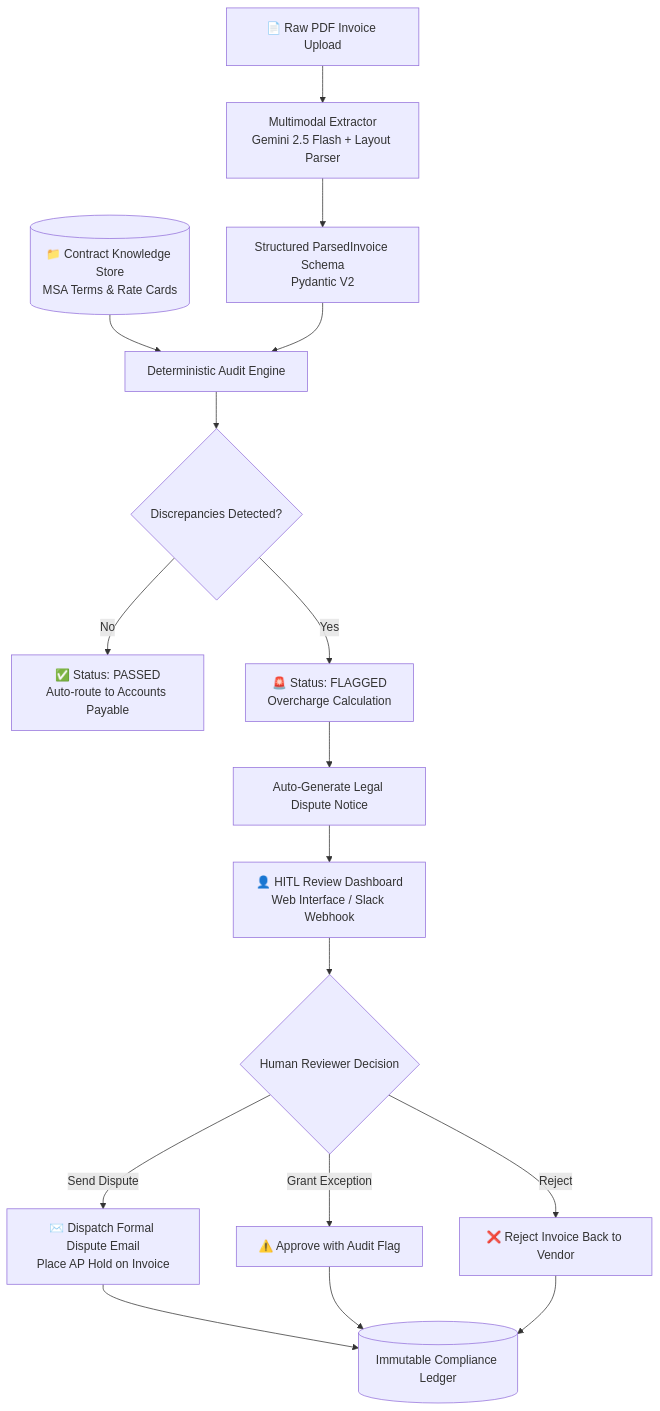
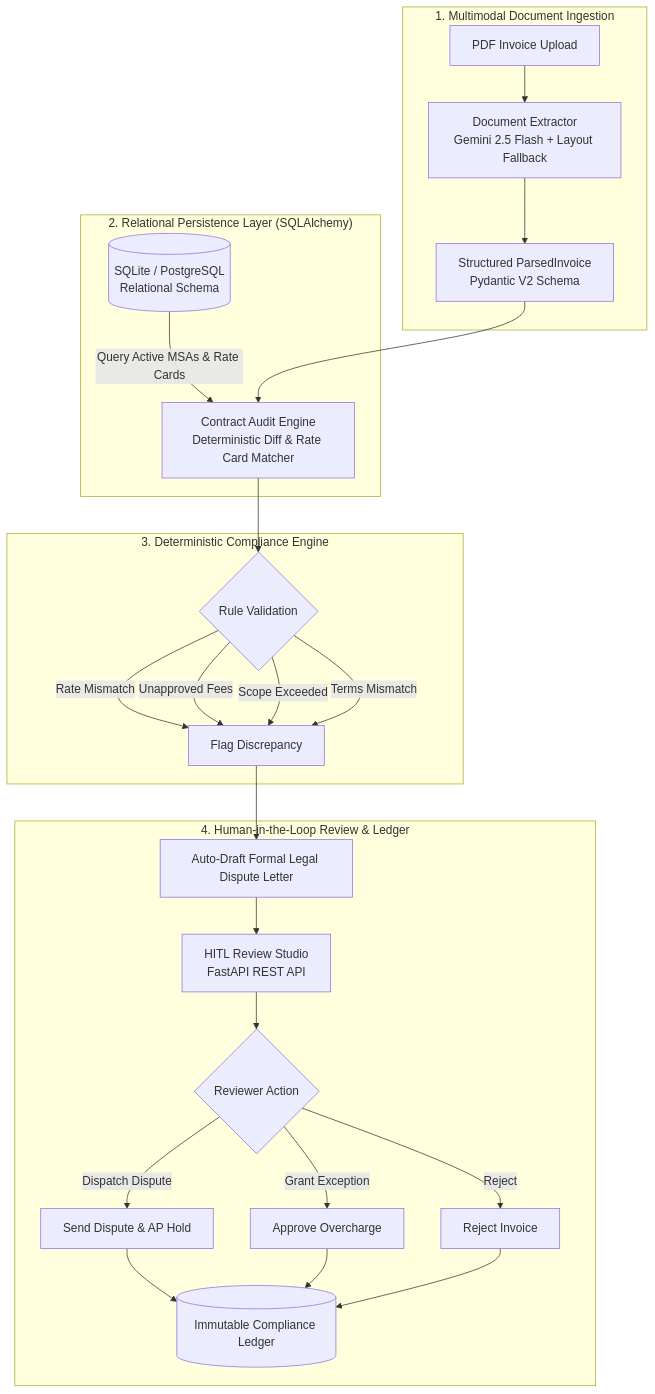
One commit to suryaprakash018/smart-invoice-auditor changed the first of 2 diagrams in README.md. Above: the diagram before and after it, drawn with Mermaid. The commit also changed other lines of this file and 13 other files, not shown here.

Commit message:
feat(core): elevate to Master's production grade - SQLAlchemy persistence, 20-vector evals suite, pytest coverage, Docker, and CI/CD

````diff
--- a/README.md
+++ b/README.md
@@ -32,24 +46,33 @@
 ```mermaid
 flowchart TD
-    A[📄 Raw PDF Invoice Upload] --> B[Multimodal Extractor\nGemini 2.5 Flash + Layout Parser]
-    B --> C[Structured ParsedInvoice Schema\nPydantic V2]
-    
-    D[(📁 Contract Knowledge Store\nMSA Terms & Rate Cards)] --> E[Deterministic Audit Engine]
-    C --> E
-    
-    E --> F{Discrepancies Detected?}
-    F -- No --> G[✅ Status: PASSED\nAuto-route to Accounts Payable]
-    F -- Yes --> H[🚨 Status: FLAGGED\nOvercharge Calculation]
-    
-    H --> I[Auto-Generate Legal Dispute Notice]
-    I --> J[👤 HITL Review Dashboard\nWeb Interface / Slack Webhook]
-    
-    J --> K{Human Reviewer Decision}
-    K -- Send Dispute --> L[✉️ Dispatch Formal Dispute Email\nPlace AP Hold on Invoice]
-    K -- Grant Exception --> M[⚠️ Approve with Audit Flag]
-    K -- Reject --> N[❌ Reject Invoice Back to Vendor]
-    
-    L --> O[(Immutable Compliance Ledger)]
-    M --> O
-    N --> O
+    subgraph INGESTION["1. Multimodal Document Ingestion"]
+        PDF[PDF Invoice Upload] --> EXTR[Document Extractor\nGemini 2.5 Flash + Layout Fallback]
+        EXTR --> SCHEMA[Structured ParsedInvoice\nPydantic V2 Schema]
+    end
+
+    subgraph PERSISTENCE["2. Relational Persistence Layer (SQLAlchemy)"]
+        DB[(SQLite / PostgreSQL\nRelational Schema)]
+        DB -->|Query Active MSAs & Rate Cards| ENGINE
+    end
+
+    subgraph VERIFICATION["3. Deterministic Compliance Engine"]
+        SCHEMA --> ENGINE[Contract Audit Engine\nDeterministic Diff & Rate Card Matcher]
+        ENGINE --> RULES{Rule Validation}
+        RULES -->|Rate Mismatch| FLAG[Flag Discrepancy]
+        RULES -->|Unapproved Fees| FLAG
+        RULES -->|Scope Exceeded| FLAG
+        RULES -->|Terms Mismatch| FLAG
+    end
+
+    subgraph HITL["4. Human-in-the-Loop Review & Ledger"]
+        FLAG --> DRAFT[Auto-Draft Formal Legal Dispute Letter]
+        DRAFT --> STUDIO[HITL Review Studio\nFastAPI REST API]
+        STUDIO --> DECISION{Reviewer Action}
+        DECISION -->|Dispatch Dispute| DISP[Send Dispute & AP Hold]
+        DECISION -->|Grant Exception| EXCP[Approve Overcharge]
+        DECISION -->|Reject| REJ[Reject Invoice]
+        DISP --> LEDGER[(Immutable Compliance Ledger)]
+        EXCP --> LEDGER
+        REJ --> LEDGER
+    end
 ```
````
